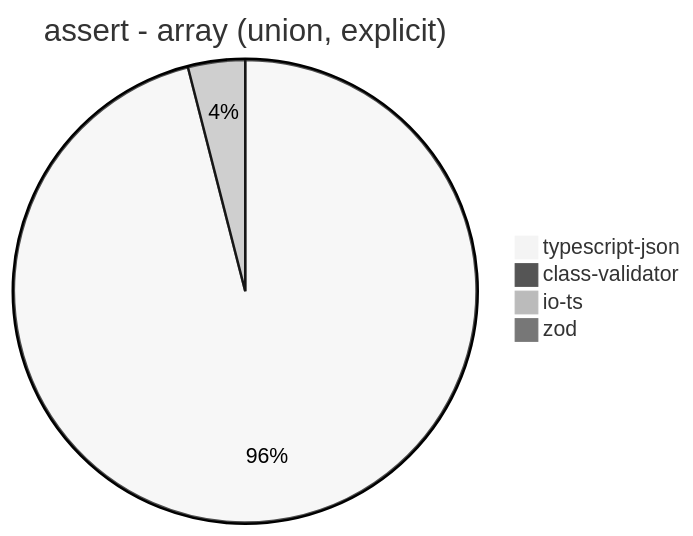
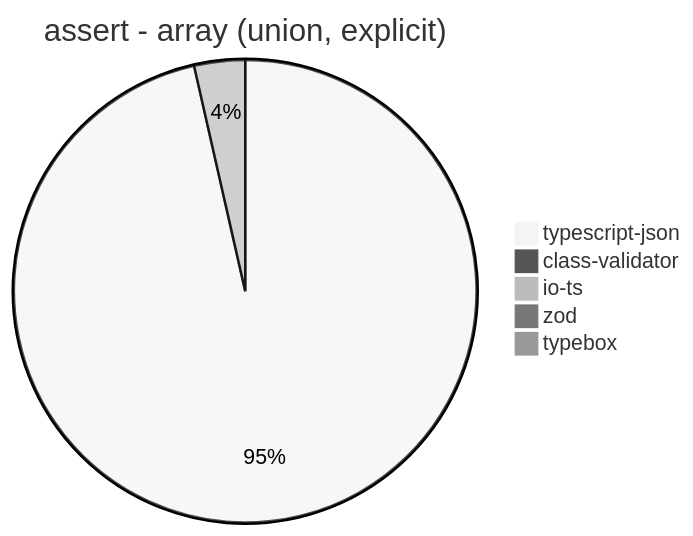
Before and after one commit to samchon/typia: diagram 14 of 39 in benchmark/results/AMD Ryzen 7 5800H with Radeon Graphics.md, drawn with Mermaid (neutral theme). The commit also changed other lines of this file and 6 other files, not shown here.

````diff
--- a/benchmark/results/AMD Ryzen 7 5800H with Radeon Graphics.md
+++ b/benchmark/results/AMD Ryzen 7 5800H with Radeon Graphics.md
@@ -163,7 +176,8 @@
 ```mermaid
 pie title assert - array (union, explicit)
-  "typescript-json": 2133.600291226793
-  "class-validator": 6.933041415800036
-  "io-ts": 88.6122299523984
-  "zod": 2.9363185905670766
+  "typescript-json": 2215.187557182068
+  "class-validator": 6.80397204854726
+  "io-ts": 81.64766458256713
+  "zod": 2.8005974607916357
+  "typebox": 22.27998514667657
 ```
````
